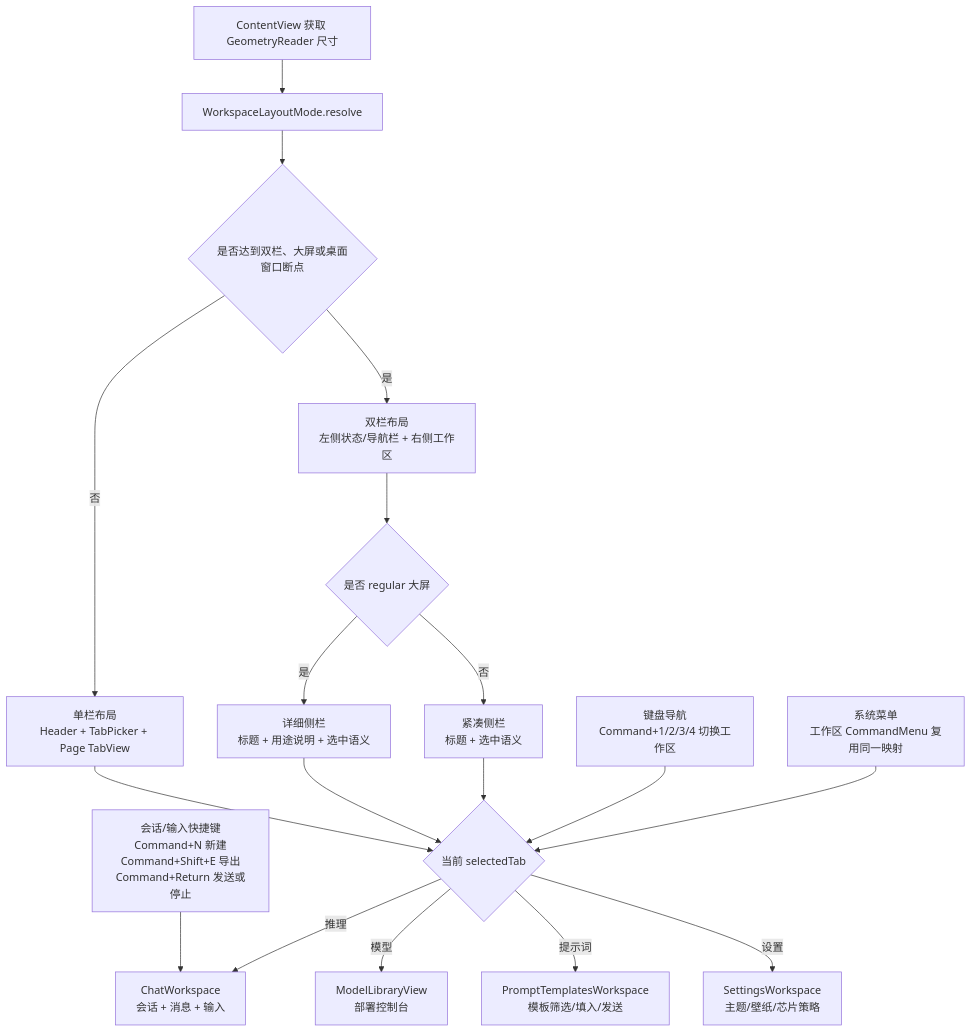
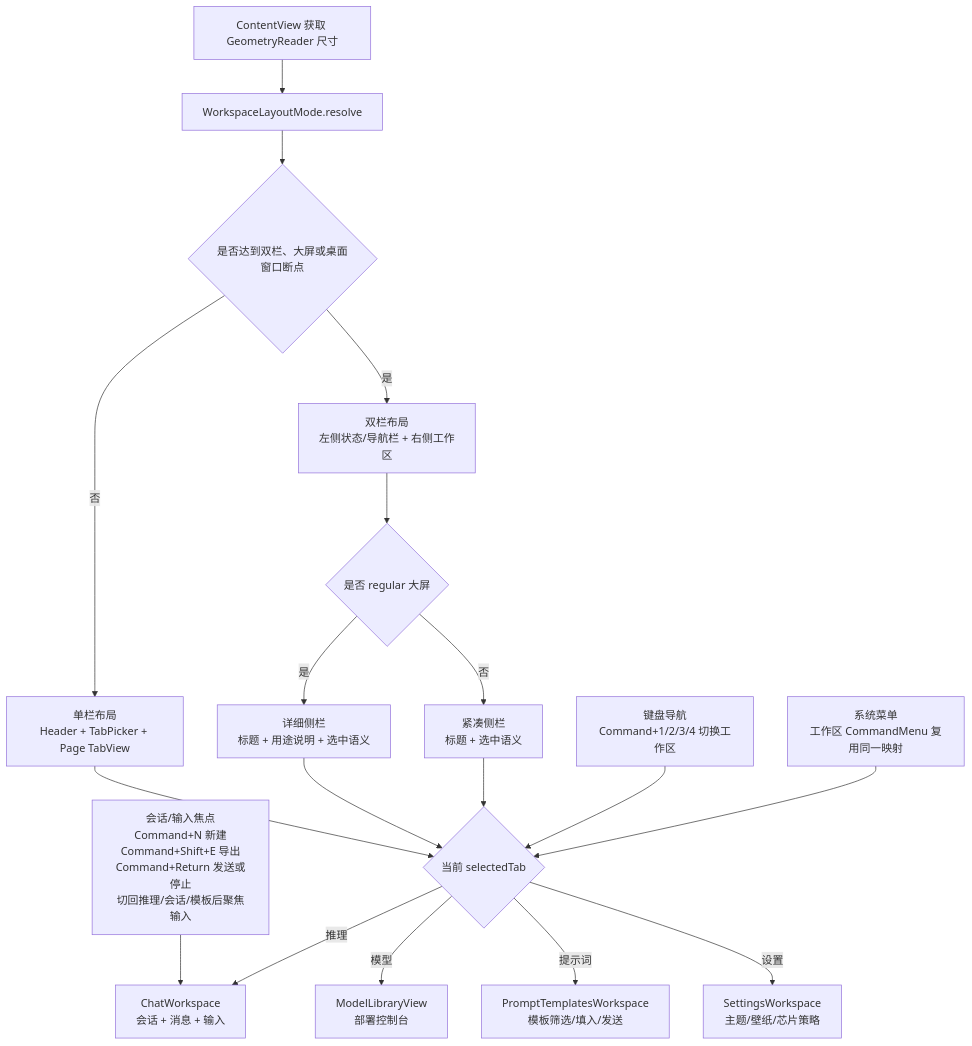
One commit to Altman-sam114/113 changed the fourth of 9 diagrams in md/flow/flowchart.md. Above: the diagram before and after it, drawn with Mermaid. The commit also changed 8 other files, not shown here.

````diff
--- a/md/flow/flowchart.md
+++ b/md/flow/flowchart.md
@@ -68,20 +68,20 @@
 ```mermaid
 flowchart TD
     A[ContentView 获取 GeometryReader 尺寸] --> B[WorkspaceLayoutMode.resolve]
     B --> C{是否达到双栏、大屏或桌面窗口断点}
     C -- 否 --> D[单栏布局<br/>Header + TabPicker + Page TabView]
     C -- 是 --> E[双栏布局<br/>左侧状态/导航栏 + 右侧工作区]
     E --> N{是否 regular 大屏}
     N -- 是 --> O[详细侧栏<br/>标题 + 用途说明 + 选中语义]
     N -- 否 --> P[紧凑侧栏<br/>标题 + 选中语义]
     D --> F{当前 selectedTab}
     O --> F
     P --> F
     K[键盘导航<br/>Command+1/2/3/4 切换工作区] --> F
     M[系统菜单<br/>工作区 CommandMenu 复用同一映射] --> F
-    L[会话/输入快捷键<br/>Command+N 新建<br/>Command+Shift+E 导出<br/>Command+Return 发送或停止] --> G
+    L[会话/输入焦点<br/>Command+N 新建<br/>Command+Shift+E 导出<br/>Command+Return 发送或停止<br/>切回推理/会话/模板后聚焦输入] --> G
     F -- 推理 --> G[ChatWorkspace<br/>会话 + 消息 + 输入]
     F -- 模型 --> H[ModelLibraryView<br/>部署控制台]
     F -- 提示词 --> I[PromptTemplatesWorkspace<br/>模板筛选/填入/发送]
     F -- 设置 --> J[SettingsWorkspace<br/>主题/壁纸/芯片策略]
 ```
````
